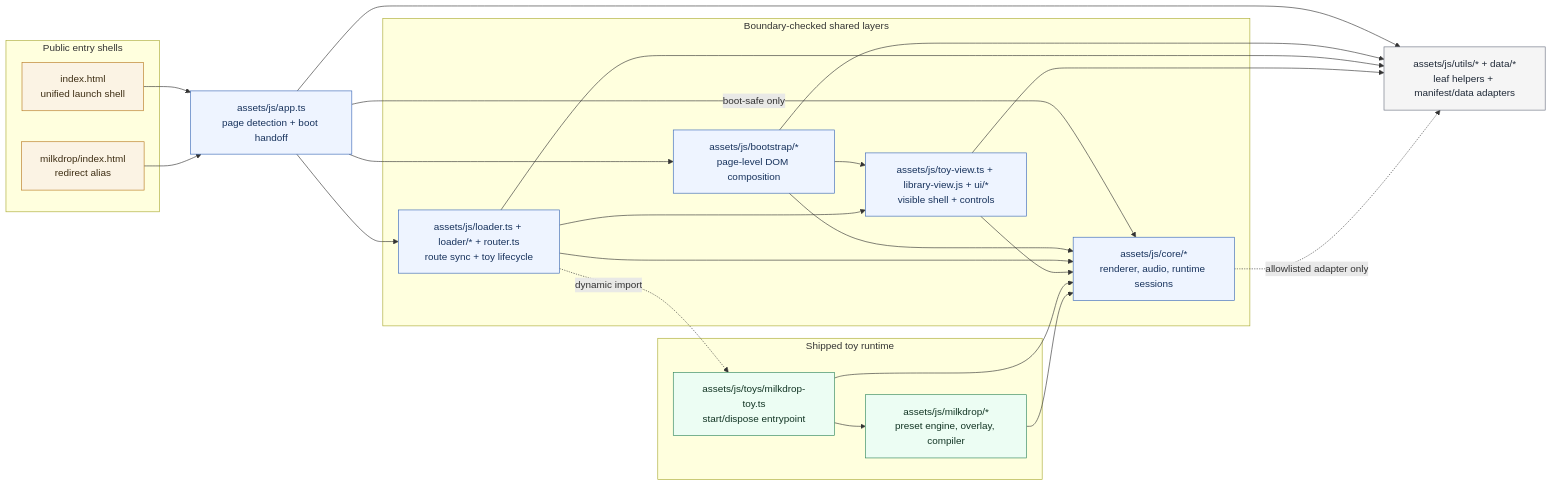
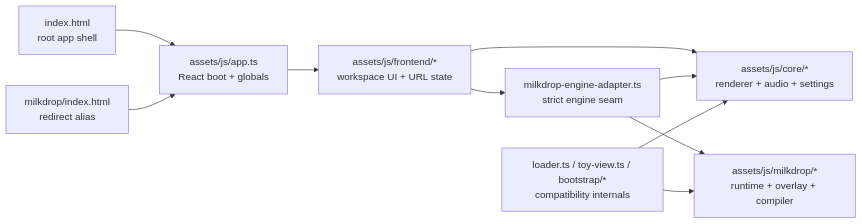
The diagram in docs/ARCHITECTURE.md (zz-plant/stims), drawn with Mermaid before and after one commit. The commit also changed other lines of this file and 41 other files, not shown here.

Commit message:
Finish frontend cutover and retire legacy shell

````diff
--- a/docs/ARCHITECTURE.md
+++ b/docs/ARCHITECTURE.md
@@ -20,53 +16,21 @@
 ```mermaid
 flowchart LR
-  classDef shellNode fill:#fbf3e4,stroke:#b7791f,color:#3d2d13,stroke-width:1px;
-  classDef checkedNode fill:#eef4ff,stroke:#3867b7,color:#17325c,stroke-width:1px;
-  classDef runtimeNode fill:#ecfdf3,stroke:#2f855a,color:#123524,stroke-width:1px;
-  classDef leafNode fill:#f5f5f5,stroke:#6b7280,color:#1f2937,stroke-width:1px;
+  Entry["index.html<br/>root app shell"]
+  Alias["milkdrop/index.html<br/>redirect alias"]
+  App["assets/js/app.ts<br/>React boot + globals"]
+  Frontend["assets/js/frontend/*<br/>workspace UI + URL state"]
+  Adapter["milkdrop-engine-adapter.ts<br/>strict engine seam"]
+  Core["assets/js/core/*<br/>renderer + audio + settings"]
+  Milkdrop["assets/js/milkdrop/*<br/>runtime + overlay + compiler"]
+  Legacy["loader.ts / toy-view.ts / bootstrap/*<br/>compatibility internals"]
 
-  subgraph PublicShells[Public entry shells]
-    Home["index.html<br/>unified launch shell"]
-    MilkdropShell["milkdrop/index.html<br/>redirect alias"]
-  end
-
-  App["assets/js/app.ts<br/>page detection + boot handoff"]
-
-  subgraph SharedLayers[Boundary-checked shared layers]
-    Bootstrap["assets/js/bootstrap/*<br/>page-level DOM composition"]
-    Loader["assets/js/loader.ts + loader/* + router.ts<br/>route sync + toy lifecycle"]
-    UI["assets/js/toy-view.ts + library-view.js + ui/*<br/>visible shell + controls"]
-    Core["assets/js/core/*<br/>renderer, audio, runtime sessions"]
-  end
-
-  Utils["assets/js/utils/* + data/*<br/>leaf helpers + manifest/data adapters"]
-
-  subgraph ToyRuntime[Shipped toy runtime]
-    Toy["assets/js/toys/milkdrop-toy.ts<br/>start/dispose entrypoint"]
-    Milkdrop["assets/js/milkdrop/*<br/>preset engine, overlay, compiler"]
-  end
-
-  Home --> App
-  MilkdropShell --> App
-  App --> Bootstrap
-  App --> Loader
-  App -->|boot-safe only| Core
-  App --> Utils
-  Bootstrap --> UI
-  Bootstrap --> Core
-  Bootstrap --> Utils
-  Loader --> UI
-  Loader --> Core
-  Loader --> Utils
-  UI --> Core
-  UI --> Utils
-  Core -. "allowlisted adapter only" .-> Utils
-  Loader -. "dynamic import" .-> Toy
-  Toy --> Core
-  Toy --> Milkdrop
-  Milkdrop --> Core
-
-  class Home,MilkdropShell shellNode;
-  class App,Bootstrap,Loader,UI,Core checkedNode;
-  class Toy,Milkdrop runtimeNode;
-  class Utils leafNode;
+  Entry --> App
+  Alias --> App
+  App --> Frontend
+  Frontend --> Adapter
+  Frontend --> Core
+  Adapter --> Core
+  Adapter --> Milkdrop
+  Legacy --> Core
+  Legacy --> Milkdrop
 ```
````
